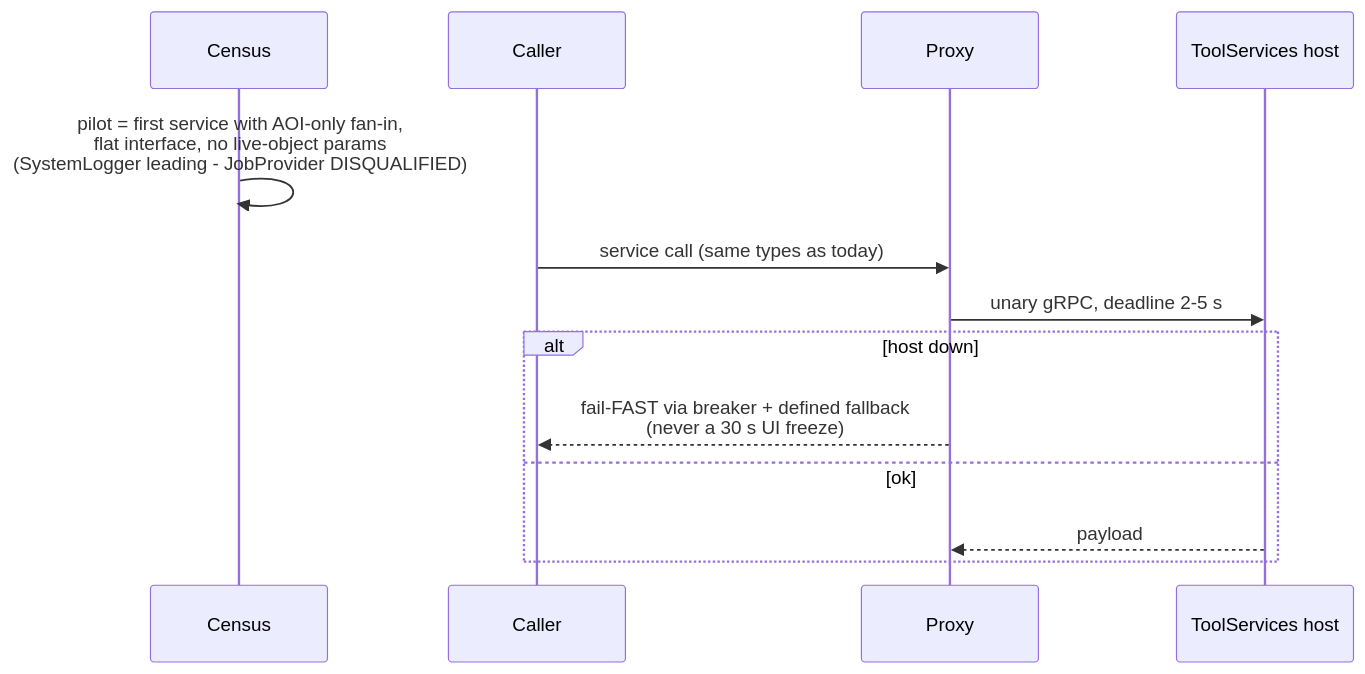
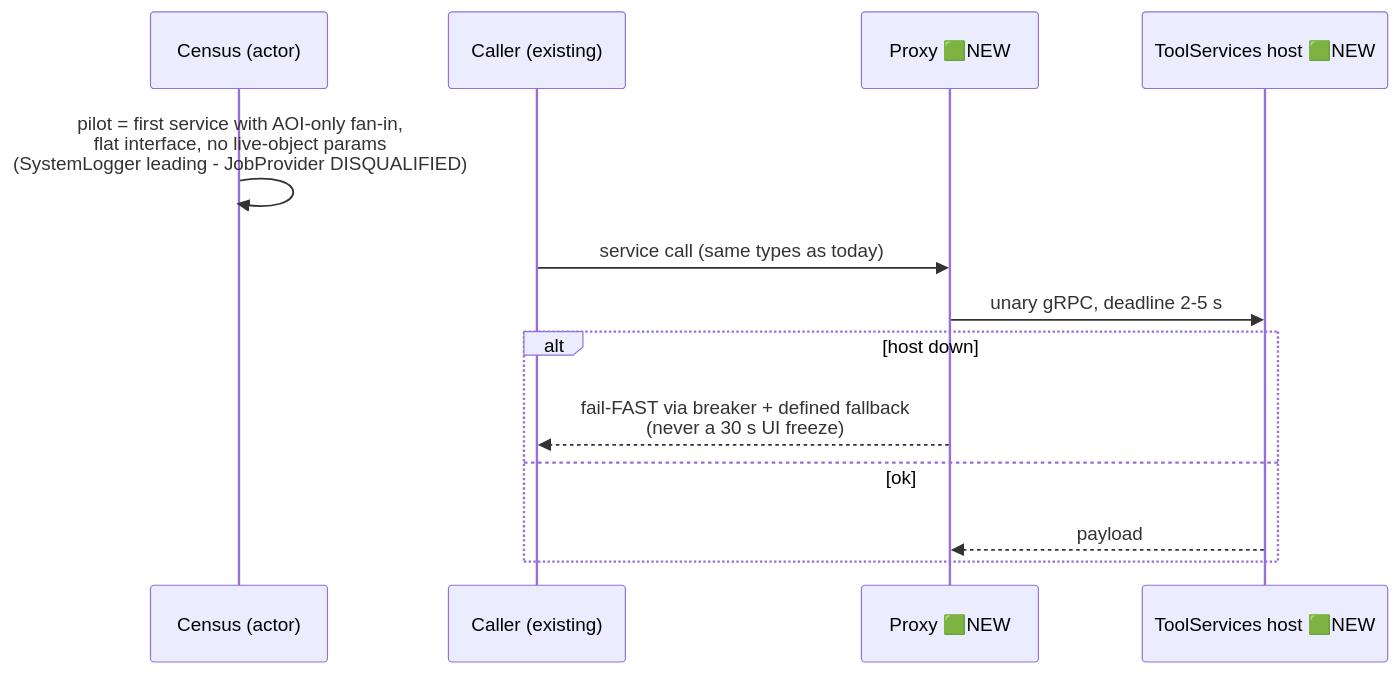
Before and after one commit to amitA-camtek/bus_gateway: the sixth of 10 diagrams in stage/03-appendix-four-lanes.md, drawn with Mermaid. The commit also changed other lines of this file and 11 other files, not shown here.

````diff
--- a/stage/03-appendix-four-lanes.md
+++ b/stage/03-appendix-four-lanes.md
@@ -196,16 +208,16 @@
 ```mermaid
 sequenceDiagram
-    participant CEN as Census
-    participant C as Caller
-    participant P as Proxy
-    participant H as ToolServices host
+    participant CEN as Census (actor)
+    participant C as Caller (existing)
+    participant P as Proxy 🟩NEW
+    participant H as ToolServices host 🟩NEW
 
     CEN->>CEN: pilot = first service with AOI-only fan-in,<br/>flat interface, no live-object params<br/>(SystemLogger leading - JobProvider DISQUALIFIED)
     C->>P: service call (same types as today)
     P->>H: unary gRPC, deadline 2-5 s
     alt host down
     P-->>C: fail-FAST via breaker + defined fallback<br/>(never a 30 s UI freeze)
     else ok
     H-->>P: payload
     end
 ```
````
